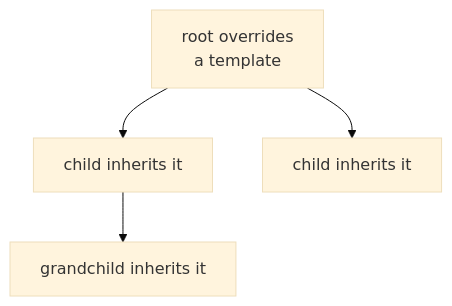
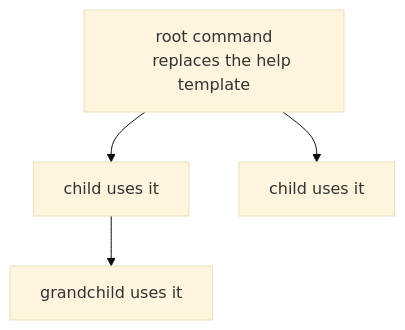
The third of 3 diagrams in docs/examples/cobra/.cluedoc/help-and-usage/README.md (KeunwooPark/cluedoc), drawn with Mermaid (base theme) before and after one commit. The commit also changed other lines of this file and 22 other files, not shown here.

````diff
--- a/docs/examples/cobra/.cluedoc/help-and-usage/README.md
+++ b/docs/examples/cobra/.cluedoc/help-and-usage/README.md
@@ -68,7 +99,7 @@
 ```mermaid
 flowchart TD
-    ROOT["root overrides
-    a template"] --> C1["child inherits it"]
-    ROOT --> C2["child inherits it"]
-    C1 --> G1["grandchild inherits it"]
+    ROOT["root command
+    replaces the help template"] --> C1["child uses it"]
+    ROOT --> C2["child uses it"]
+    C1 --> G1["grandchild uses it"]
 ```
````
